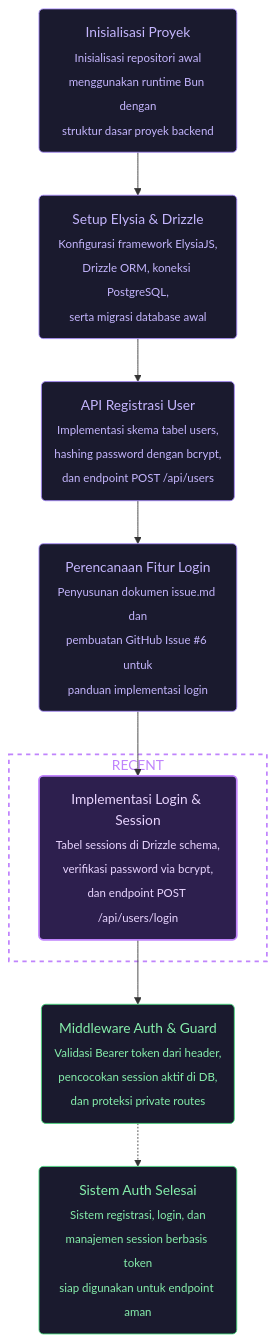
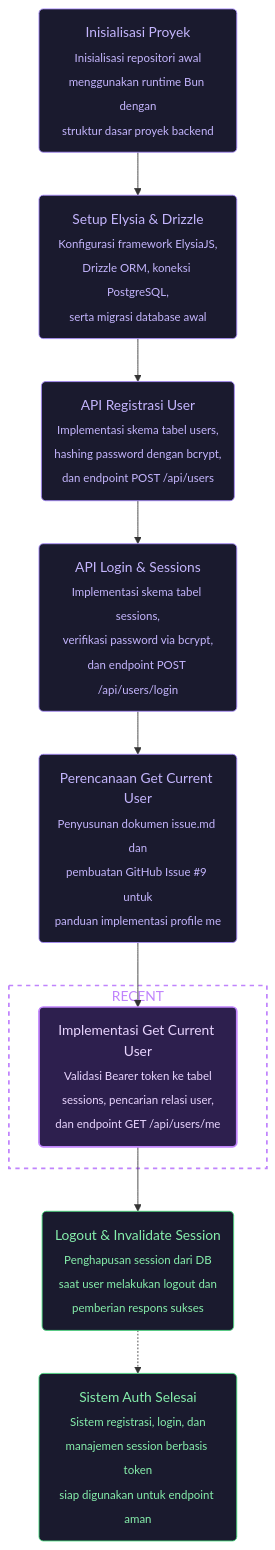
Before and after one commit to salmynestack/vibecodefirsttime: the diagram in vizvibe.mmd, drawn with Mermaid. The commit also changed 3 other files, not shown here.

Commit message:
feat: implementasi API get current user berdasarkan Bearer token (closes #9)

```diff
--- a/vizvibe.mmd
+++ b/vizvibe.mmd
@@ -1,56 +1,61 @@
 flowchart TD
     %% === PROJECT GOALS ===
     %% Ultimate Goal: Membangun backend API autentikasi dan manajemen user berbasis Bun, ElysiaJS, dan Drizzle ORM
-    %% Current Goal: Implementasi autentikasi login user dan pembuatan sesi token
+    %% Current Goal: Implementasi endpoint GET current user berbasis Bearer token sesi
 
     %% === START ===
     %% @project_start [start, closed, 2026-09-30, salmin]
     project_start("Inisialisasi Proyek<br/><sub>Inisialisasi repositori awal<br/>menggunakan runtime Bun dengan<br/>struktur dasar proyek backend</sub>")
 
     %% @setup_stack [ai-task, closed, 2026-09-30, salmin]
     setup_stack("Setup Elysia & Drizzle<br/><sub>Konfigurasi framework ElysiaJS,<br/>Drizzle ORM, koneksi PostgreSQL,<br/>serta migrasi database awal</sub>")
 
     %% @feature_register [ai-task, closed, 2026-09-30, salmin]
     feature_register("API Registrasi User<br/><sub>Implementasi skema tabel users,<br/>hashing password dengan bcrypt,<br/>dan endpoint POST /api/users</sub>")
 
-    %% @plan_login_issue [ai-task, closed, 2026-10-01, ai]
-    plan_login_issue("Perencanaan Fitur Login<br/><sub>Penyusunan dokumen issue.md dan<br/>pembuatan GitHub Issue #6 untuk<br/>panduan implementasi login</sub>")
+    %% @feature_login [ai-task, closed, 2026-10-01, salmin]
+    feature_login("API Login & Sessions<br/><sub>Implementasi skema tabel sessions,<br/>verifikasi password via bcrypt,<br/>dan endpoint POST /api/users/login</sub>")
 
-    %% @impl_login_sessions [ai-task, closed, 2026-10-01, ai]
-    impl_login_sessions("Implementasi Login & Session<br/><sub>Tabel sessions di Drizzle schema,<br/>verifikasi password via bcrypt,<br/>dan endpoint POST /api/users/login</sub>")
+    %% @plan_get_user [ai-task, closed, 2026-10-01, ai]
+    plan_get_user("Perencanaan Get Current User<br/><sub>Penyusunan dokumen issue.md dan<br/>pembuatan GitHub Issue #9 untuk<br/>panduan implementasi profile me</sub>")
 
-    %% @auth_middleware [ai-task, opened, 2026-10-01, user]
-    auth_middleware("Middleware Auth & Guard<br/><sub>Validasi Bearer token dari header,<br/>pencocokan session aktif di DB,<br/>dan proteksi private routes</sub>")
+    %% @impl_get_user [ai-task, closed, 2026-10-01, ai]
+    impl_get_user("Implementasi Get Current User<br/><sub>Validasi Bearer token ke tabel<br/>sessions, pencarian relasi user,<br/>dan endpoint GET /api/users/me</sub>")
+
+    %% @feature_logout [ai-task, opened, 2026-10-01, user]
+    feature_logout("Logout & Invalidate Session<br/><sub>Penghapusan session dari DB<br/>saat user melakukan logout dan<br/>pemberian respons sukses</sub>")
 
     %% @ultimate_goal [end, opened, 2026-10-01, user]
     ultimate_goal("Sistem Auth Selesai<br/><sub>Sistem registrasi, login, dan<br/>manajemen session berbasis token<br/>siap digunakan untuk endpoint aman</sub>")
 
     %% === CONNECTIONS ===
     project_start --> setup_stack
     setup_stack --> feature_register
-    feature_register --> plan_login_issue
-    plan_login_issue --> impl_login_sessions
-    impl_login_sessions --> auth_middleware
-    auth_middleware -.-> ultimate_goal
+    feature_register --> feature_login
+    feature_login --> plan_get_user
+    plan_get_user --> impl_get_user
+    impl_get_user --> feature_logout
+    feature_logout -.-> ultimate_goal
 
     %% === RECENT WORK HIGHLIGHT ===
     subgraph recent [RECENT]
-        impl_login_sessions
+        impl_get_user
     end
 
     %% === STYLES ===
     %% Closed tasks (soft purple)
     style project_start fill:#1a1a2e,stroke:#a78bfa,color:#c4b5fd,stroke-width:1px
     style setup_stack fill:#1a1a2e,stroke:#a78bfa,color:#c4b5fd,stroke-width:1px
     style feature_register fill:#1a1a2e,stroke:#a78bfa,color:#c4b5fd,stroke-width:1px
-    style plan_login_issue fill:#1a1a2e,stroke:#a78bfa,color:#c4b5fd,stroke-width:1px
+    style feature_login fill:#1a1a2e,stroke:#a78bfa,color:#c4b5fd,stroke-width:1px
+    style plan_get_user fill:#1a1a2e,stroke:#a78bfa,color:#c4b5fd,stroke-width:1px
 
     %% Recent node (highlighted purple)
-    style impl_login_sessions fill:#2d1f4e,stroke:#c084fc,color:#e9d5ff,stroke-width:2px
+    style impl_get_user fill:#2d1f4e,stroke:#c084fc,color:#e9d5ff,stroke-width:2px
 
     %% Recent subgraph (dashed border)
     style recent fill:transparent,stroke:#c084fc,color:#c084fc,stroke-width:2px,stroke-dasharray:5 5
 
     %% Open tasks (soft green)
-    style auth_middleware fill:#1a1a2e,stroke:#4ade80,color:#86efac,stroke-width:1px
+    style feature_logout fill:#1a1a2e,stroke:#4ade80,color:#86efac,stroke-width:1px
     style ultimate_goal fill:#1a1a2e,stroke:#4ade80,color:#86efac,stroke-width:1px
```
